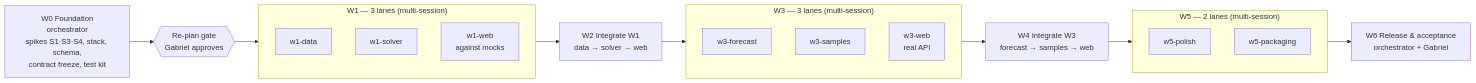
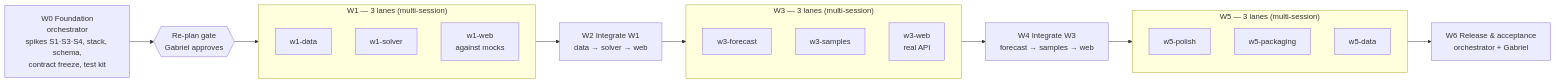
The first of 2 diagrams in docs/plans/v1/README.md (gbw30/PantryPulse), drawn with Mermaid before and after one commit. The commit also changed other lines of this file and 7 other files, not shown here.

````diff
--- a/docs/plans/v1/README.md
+++ b/docs/plans/v1/README.md
@@ -81,23 +81,24 @@
 ```mermaid
 flowchart LR
   W0["W0 Foundation<br/>orchestrator<br/>spikes S1·S3·S4, stack, schema,<br/>contract freeze, test kit"]
   G0{{"Re-plan gate<br/>Gabriel approves"}}
   subgraph W1["W1 — 3 lanes (multi-session)"]
     D[w1-data]
     S[w1-solver]
     WB1[w1-web<br/>against mocks]
   end
   W2["W2 Integrate W1<br/>data → solver → web"]
   subgraph W3["W3 — 3 lanes (multi-session)"]
     F[w3-forecast]
     P[w3-samples]
     WB3[w3-web<br/>real API]
   end
   W4["W4 Integrate W3<br/>forecast → samples → web"]
-  subgraph W5["W5 — 2 lanes (multi-session)"]
+  subgraph W5["W5 — 3 lanes (multi-session)"]
     PO[w5-polish]
     PK[w5-packaging]
+    DA[w5-data]
   end
   W6["W6 Release & acceptance<br/>orchestrator + Gabriel"]
   W0 --> G0 --> W1 --> W2 --> W3 --> W4 --> W5 --> W6
 ```
````
